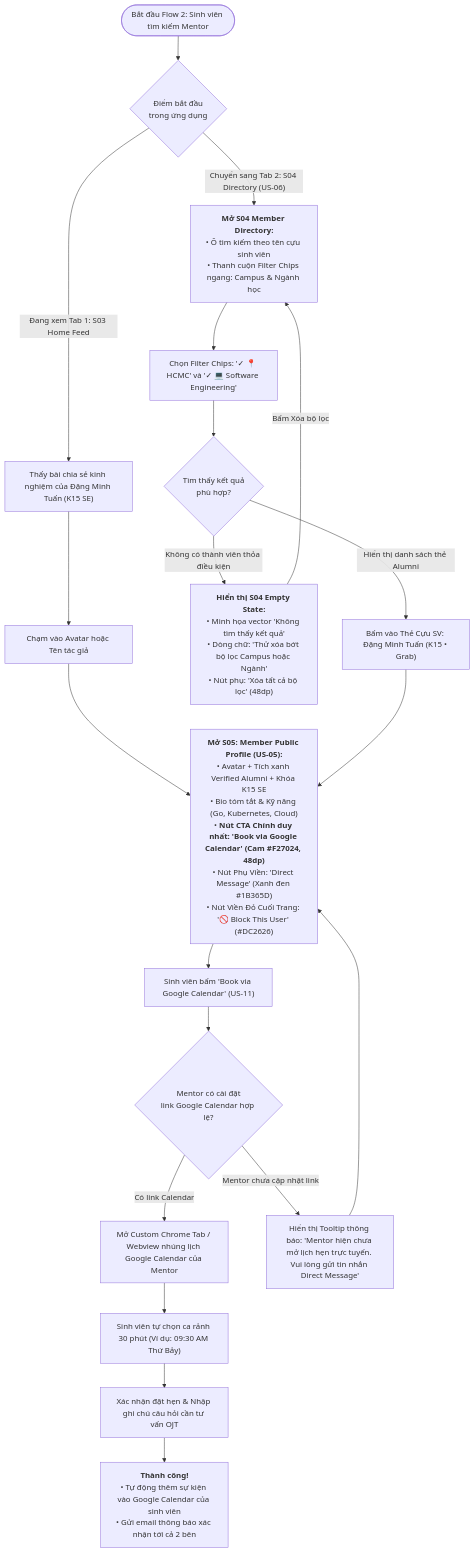
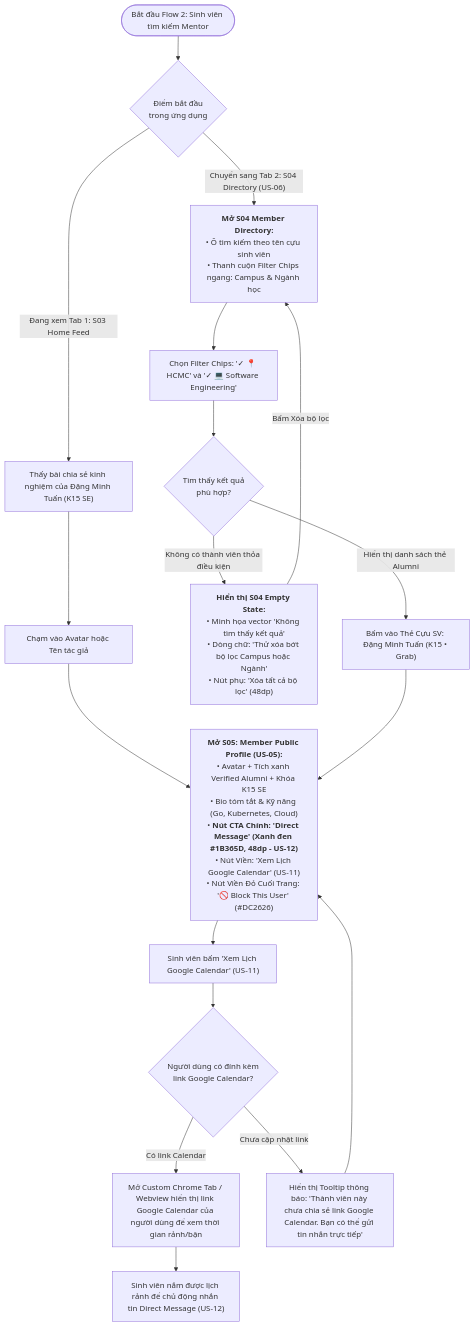
The third of 4 diagrams in ux/user-flow.md (F-Alumni/UI-UX), drawn with Mermaid before and after one commit. The commit also changed other lines of this file and 3 other files, not shown here.

Commit message:
fix(docs): align Google Calendar to link-sharing only and remove all booking/slot logic

````diff
--- a/ux/user-flow.md
+++ b/ux/user-flow.md
@@ -151,34 +151,32 @@
 ```mermaid
 flowchart TD
     F02_START(["Bắt đầu Flow 2: Sinh viên tìm kiếm Mentor"]) --> F02_ENTRY{"Điểm bắt đầu<br>trong ứng dụng"}
 
     %% Điểm vào 1: Từ Home Feed
     F02_ENTRY -- "Đang xem Tab 1: S03 Home Feed" --> F02_HOME_CARD["Thấy bài chia sẻ kinh nghiệm của Đặng Minh Tuấn (K15 SE)"]
     F02_HOME_CARD --> F02_TAP_AUTHOR["Chạm vào Avatar hoặc Tên tác giả"]
 
     %% Điểm vào 2: Từ Directory
     F02_ENTRY -- "Chuyển sang Tab 2: S04 Directory (US-06)" --> F02_DIRECTORY["<b>Mở S04 Member Directory:</b><br>• Ô tìm kiếm theo tên cựu sinh viên<br>• Thanh cuộn Filter Chips ngang: Campus & Ngành học"]
     F02_DIRECTORY --> F02_APPLY_FILTER["Chọn Filter Chips: '✓ 📍 HCMC' và '✓ 💻 Software Engineering'"]
     F02_APPLY_FILTER --> F02_QUERY_RES{"Tìm thấy kết quả<br>phù hợp?"}
 
     %% Nhánh Empty State
     F02_QUERY_RES -- "Không có thành viên thỏa điều kiện" --> F02_EMPTY["<b>Hiển thị S04 Empty State:</b><br>• Minh họa vector 'Không tìm thấy kết quả'<br>• Dòng chữ: 'Thử xóa bớt bộ lọc Campus hoặc Ngành'<br>• Nút phụ: 'Xóa tất cả bộ lọc' (48dp)"]
     F02_EMPTY -- "Bấm Xóa bộ lọc" --> F02_DIRECTORY
 
     %% Nhánh Xem Profile S05
     F02_QUERY_RES -- "Hiển thị danh sách thẻ Alumni" --> F02_SELECT_CARD["Bấm vào Thẻ Cựu SV: Đặng Minh Tuấn (K15 • Grab)"]
     F02_TAP_AUTHOR --> F02_S05
-    F02_SELECT_CARD --> F02_S05["<b>Mở S05: Member Public Profile (US-05):</b><br>• Avatar + Tích xanh Verified Alumni + Khóa K15 SE<br>• Bio tóm tắt & Kỹ năng (Go, Kubernetes, Cloud)<br>• <b>Nút CTA Chính duy nhất: 'Book via Google Calendar' (Cam #F27024, 48dp)</b><br>• Nút Phụ Viền: 'Direct Message' (Xanh đen #1B365D)<br>• Nút Viền Đỏ Cuối Trang: '🚫 Block This User' (#DC2626)"]
+    F02_SELECT_CARD --> F02_S05["<b>Mở S05: Member Public Profile (US-05):</b><br>• Avatar + Tích xanh Verified Alumni + Khóa K15 SE<br>• Bio tóm tắt & Kỹ năng (Go, Kubernetes, Cloud)<br>• <b>Nút CTA Chính: 'Direct Message' (Xanh đen #1B365D, 48dp - US-12)</b><br>• Nút Viền: 'Xem Lịch Google Calendar' (US-11)<br>• Nút Viền Đỏ Cuối Trang: '🚫 Block This User' (#DC2626)"]
 
-    %% Đặt lịch qua Google Calendar
-    F02_S05 --> F02_TAP_CALENDAR["Sinh viên bấm 'Book via Google Calendar' (US-11)"]
-    F02_TAP_CALENDAR --> F02_CHECK_CAL_LINK{"Mentor có cài đặt<br>link Google Calendar hợp lệ?"}
+    %% Xem Lịch qua Google Calendar Link
+    F02_S05 --> F02_TAP_CALENDAR["Sinh viên bấm 'Xem Lịch Google Calendar' (US-11)"]
+    F02_TAP_CALENDAR --> F02_CHECK_CAL_LINK{"Người dùng có đính kèm<br>link Google Calendar?"}
 
-    F02_CHECK_CAL_LINK -- "Có link Calendar" --> F02_OPEN_CALENDAR["Mở Custom Chrome Tab / Webview nhúng lịch Google Calendar của Mentor"]
-    F02_OPEN_CALENDAR --> F02_PICK_SLOT["Sinh viên tự chọn ca rảnh 30 phút (Ví dụ: 09:30 AM Thứ Bảy)"]
-    F02_PICK_SLOT --> F02_CONFIRM_BOOKING["Xác nhận đặt hẹn & Nhập ghi chú câu hỏi cần tư vấn OJT"]
-    F02_CONFIRM_BOOKING --> F02_CAL_SUCCESS["<b>Thành công!</b><br>• Tự động thêm sự kiện vào Google Calendar của sinh viên<br>• Gửi email thông báo xác nhận tới cả 2 bên"]
+    F02_CHECK_CAL_LINK -- "Có link Calendar" --> F02_OPEN_CALENDAR["Mở Custom Chrome Tab / Webview hiển thị link Google Calendar của người dùng để xem thời gian rảnh/bận"]
+    F02_OPEN_CALENDAR --> F02_CAL_SUCCESS["Sinh viên nắm được lịch rảnh để chủ động nhắn tin Direct Message (US-12)"]
 
-    F02_CHECK_CAL_LINK -- "Mentor chưa cập nhật link" --> F02_CAL_EMPTY["Hiển thị Tooltip thông báo: 'Mentor hiện chưa mở lịch hẹn trực tuyến. Vui lòng gửi tin nhắn Direct Message'"]
+    F02_CHECK_CAL_LINK -- "Chưa cập nhật link" --> F02_CAL_EMPTY["Hiển thị Tooltip thông báo: 'Thành viên này chưa chia sẻ link Google Calendar. Bạn có thể gửi tin nhắn trực tiếp'"]
     F02_CAL_EMPTY --> F02_S05
 ```
````
